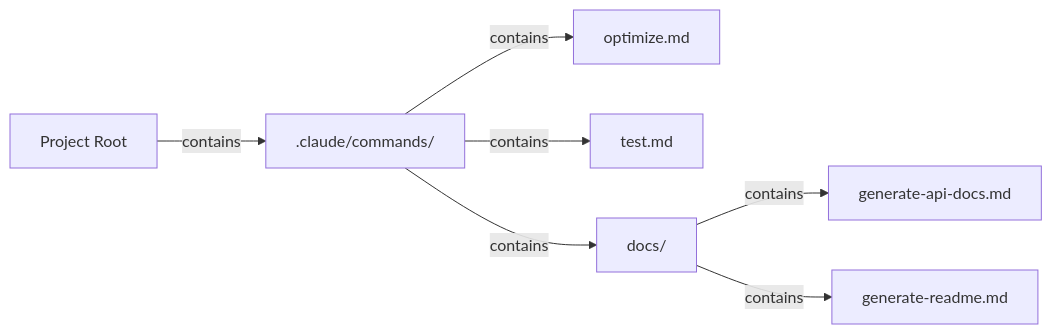
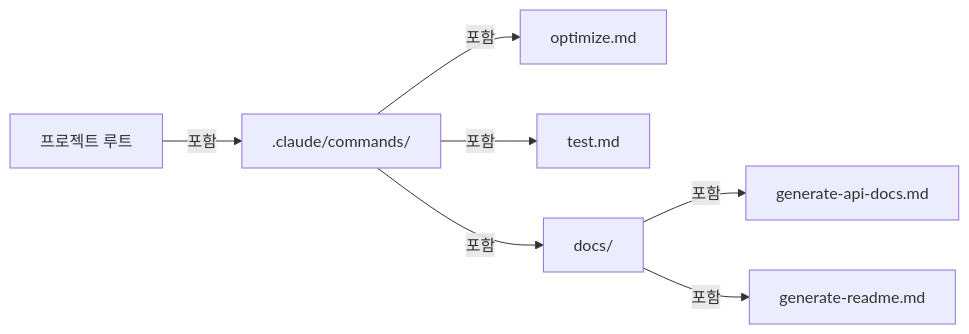
Before and after one commit to KIMDONGWHEE99/howkorean: the second of 31 diagrams in claude_concepts_guide.md, drawn with Mermaid. The commit also changed other lines of this file, not shown here.

First line of the commit message:
docs(claude_concepts_guide): 한국어로 번역

````diff
--- a/claude_concepts_guide.md
+++ b/claude_concepts_guide.md
@@ -52,9 +52,9 @@
 ```mermaid
 graph LR
-    A["Project Root"] -->|contains| B[".claude/commands/"]
-    B -->|contains| C["optimize.md"]
-    B -->|contains| D["test.md"]
-    B -->|contains| E["docs/"]
-    E -->|contains| F["generate-api-docs.md"]
-    E -->|contains| G["generate-readme.md"]
+    A["프로젝트 루트"] -->|포함| B[".claude/commands/"]
+    B -->|포함| C["optimize.md"]
+    B -->|포함| D["test.md"]
+    B -->|포함| E["docs/"]
+    E -->|포함| F["generate-api-docs.md"]
+    E -->|포함| G["generate-readme.md"]
 ```
````
